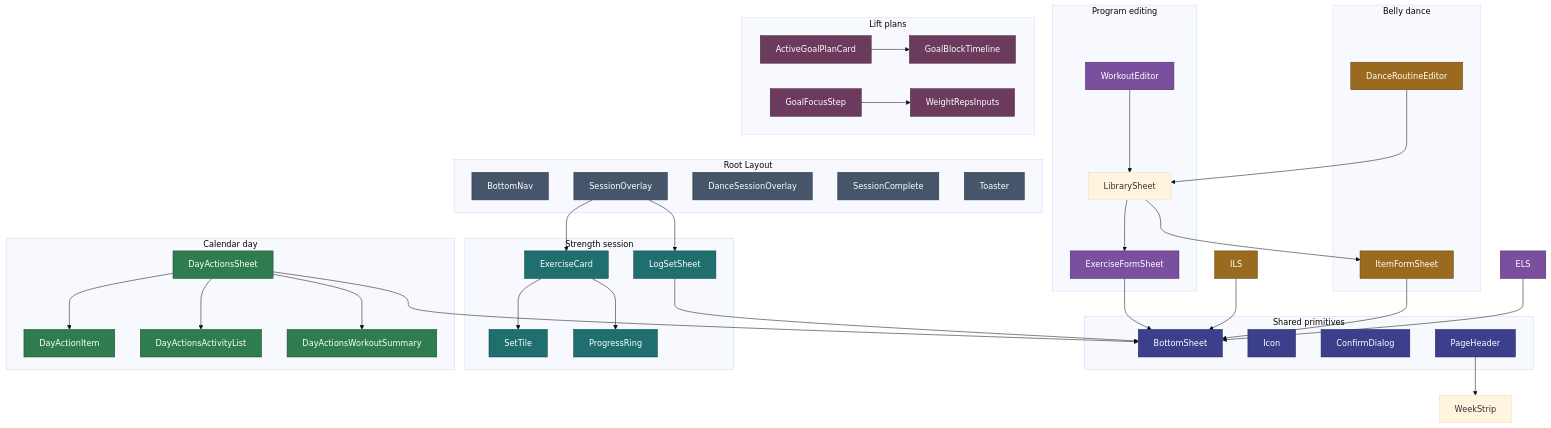
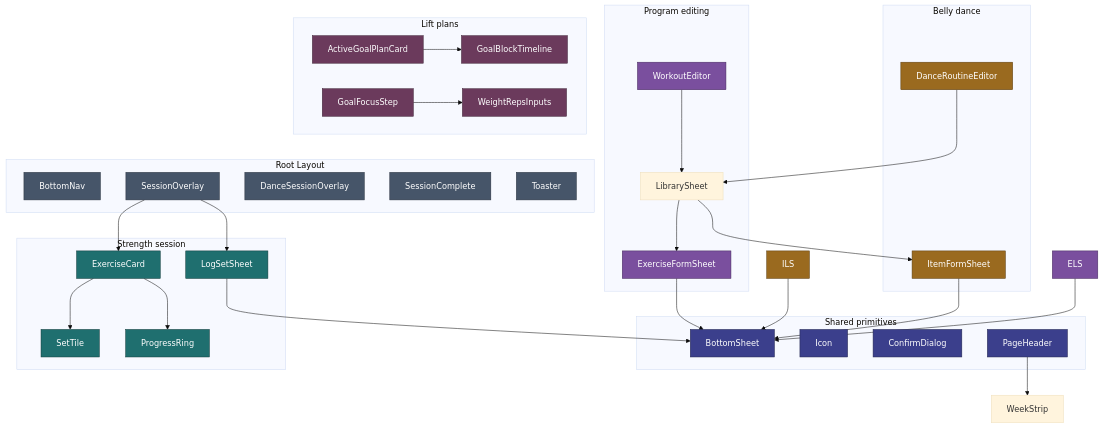
Before and after one commit to jermbo/CosmicWorkOut: the diagram in docs/implementation/components.md, drawn with Mermaid (base theme). The commit also changed other lines of this file and 31 other files, not shown here.

````diff
--- a/docs/implementation/components.md
+++ b/docs/implementation/components.md
@@ -225,74 +212,65 @@
 ```mermaid
 flowchart TB
     subgraph layout ["Root Layout"]
         BN[BottomNav]
         SO[SessionOverlay]
         DSO[DanceSessionOverlay]
         SC[SessionComplete]
         TO[Toaster]
     end
 
     subgraph shared ["Shared primitives"]
         BS[BottomSheet]
         IC[Icon]
         CD[ConfirmDialog]
         PH[PageHeader]
     end
 
     subgraph strength ["Strength session"]
         EC[ExerciseCard]
         ST[SetTile]
         LS[LogSetSheet]
         PR[ProgressRing]
     end
 
     subgraph editor ["Program editing"]
         WE[WorkoutEditor]
         LIB[LibrarySheet]
         EFS[ExerciseFormSheet]
     end
 
     subgraph dance ["Belly dance"]
         DRE[DanceRoutineEditor]
         IFS[ItemFormSheet]
     end
 
     subgraph goals ["Lift plans"]
         AGPC[ActiveGoalPlanCard]
         GBT[GoalBlockTimeline]
         GFS[GoalFocusStep]
         WRI[WeightRepsInputs]
     end
 
-    subgraph dayactions ["Calendar day"]
-        DAS[DayActionsSheet]
-        DAI[DayActionItem]
-        DAAL[DayActionsActivityList]
-        DAWS[DayActionsWorkoutSummary]
-    end
 
     SO --> EC --> PR & ST
     SO --> LS
     WE --> LIB --> EFS
     DRE --> LIB --> IFS
     AGPC --> GBT
     GFS --> WRI
-    DAS --> DAI & DAAL & DAWS
     PH --> WeekStrip
-    LS & EFS & ILS & IFS & ELS & DAS --> BS
+    LS & EFS & ILS & IFS & ELS --> BS
 
     classDef layout fill:#465569,stroke:#28313e,color:#ffffff;
     classDef shared fill:#3b3f8c,stroke:#23264f,color:#ffffff;
     classDef strength fill:#1f6f6f,stroke:#0f3a3a,color:#ffffff;
     classDef editor fill:#7a4f9e,stroke:#46295c,color:#ffffff;
     classDef dance fill:#9a6a1f,stroke:#5c3f12,color:#ffffff;
     classDef goals fill:#6b3a5c,stroke:#3d2235,color:#ffffff;
-    classDef day fill:#2f7d4f,stroke:#1a472d,color:#ffffff;
     class BN,SO,DSO,SC,TO layout;
     class BS,IC,CD,PH shared;
     class EC,ST,LS,PR strength;
     class WE,ELS,EFS editor;
     class DRE,ILS,IFS dance;
     class AGPC,GBT,GFS,WRI goals;
-    class DAS,DAI,DAAL,DAWS day;
 ```
````
